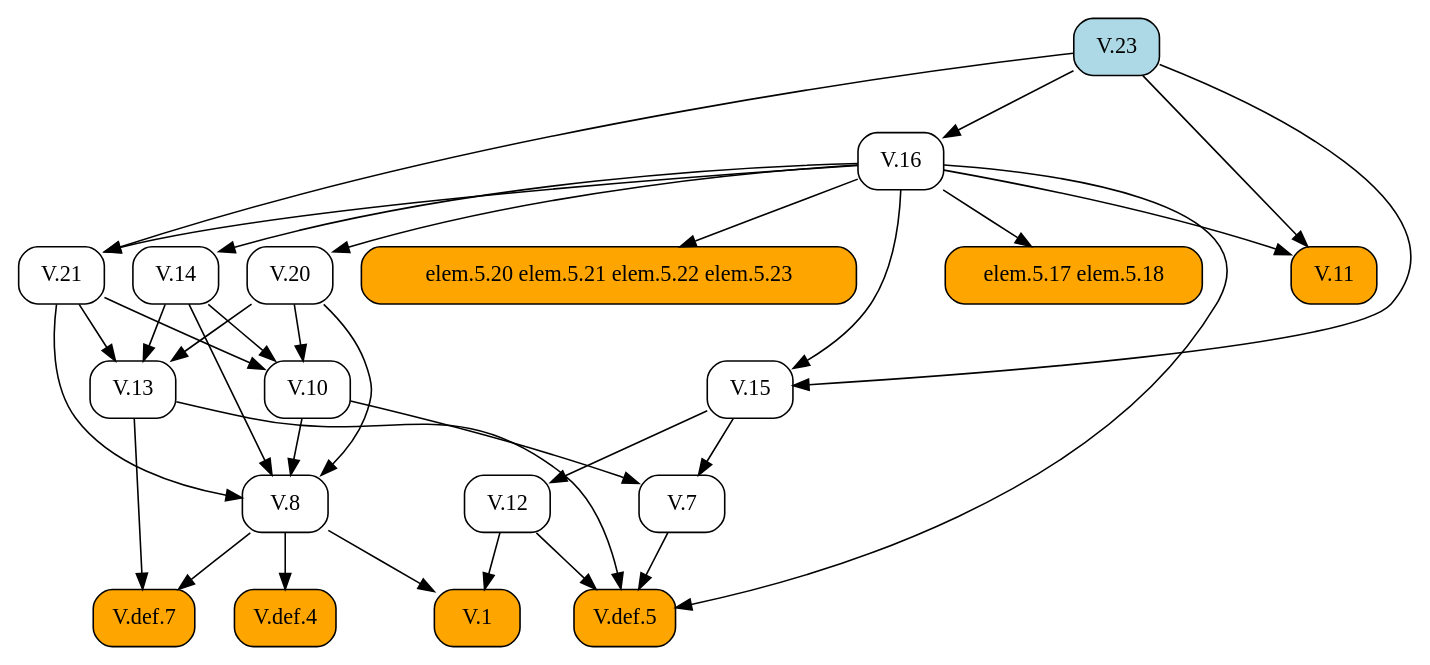
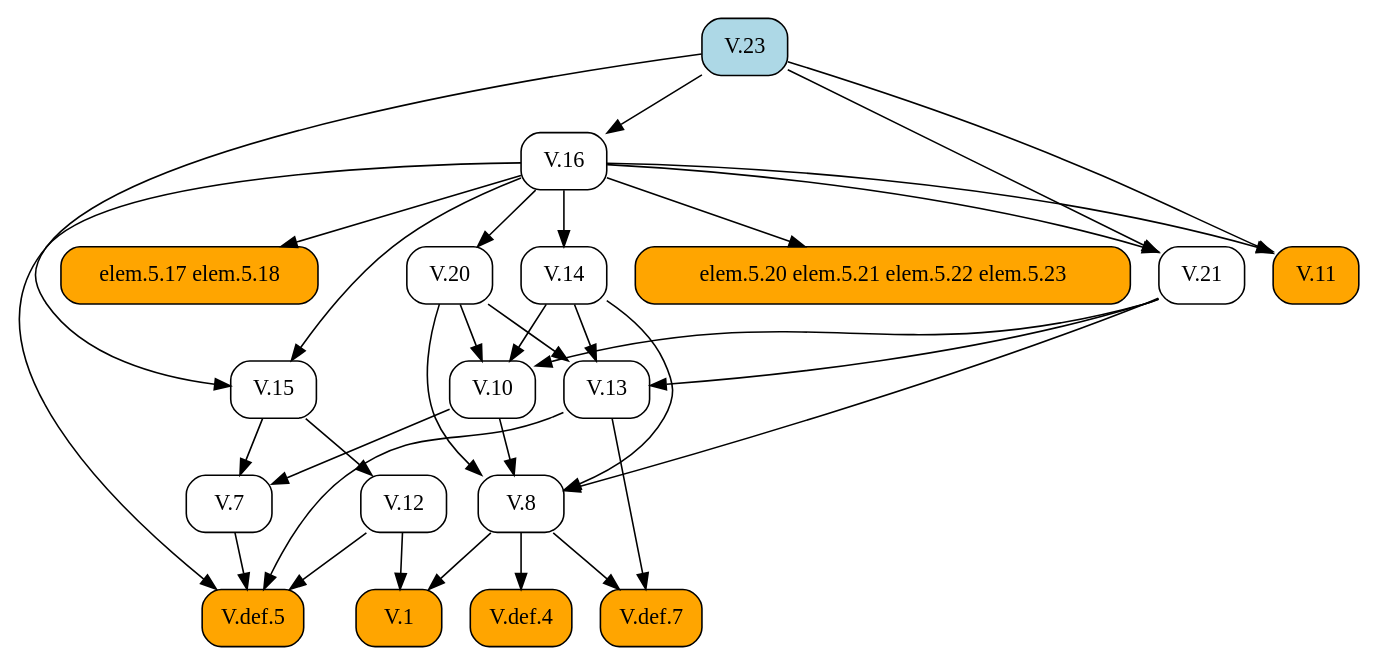
The diagram in docsrc/heath/V/23/index.rst (geometor/elements), drawn with Graphviz before and after one commit. The commit also changed other lines of this file and 1029 other files, not shown here.

```diff
--- a/docsrc/heath/V/23/index.rst
+++ b/docsrc/heath/V/23/index.rst
@@ -111,57 +111,57 @@
 .. graphviz::
 
    digraph {
      rankdir="TB";
      node [shape=box, style=rounded];
+     "V.8" [URL="/heath/V/8/", target="_top"];
+     "V.23" [style="rounded,filled", fillcolor=lightblue, URL="/heath/V/23/", target="_top"];
+     "V.14" [URL="/heath/V/14/", target="_top"];
+     "V.def.5" [style="rounded,filled", fillcolor=orange, URL="/heath/V/def.5/", target="_top"];
+     "V.12" [URL="/heath/V/12/", target="_top"];
+     "V.10" [URL="/heath/V/10/", target="_top"];
      "V.1" [style="rounded,filled", fillcolor=orange, URL="/heath/V/1/", target="_top"];
-     "V.10" [URL="/heath/V/10/", target="_top"];
+     "V.20" [URL="/heath/V/20/", target="_top"];
+     "V.13" [URL="/heath/V/13/", target="_top"];
+     "V.11" [style="rounded,filled", fillcolor=orange, URL="/heath/V/11/", target="_top"];
+     "elem.5.20 elem.5.21 elem.5.22 elem.5.23" [style="rounded,filled", fillcolor=orange];
+     "elem.5.17 elem.5.18" [style="rounded,filled", fillcolor=orange];
+     "V.15" [URL="/heath/V/15/", target="_top"];
+     "V.7" [URL="/heath/V/7/", target="_top"];
+     "V.def.4" [style="rounded,filled", fillcolor=orange, URL="/heath/V/def.4/", target="_top"];
      "V.16" [URL="/heath/V/16/", target="_top"];
-     "V.15" [URL="/heath/V/15/", target="_top"];
-     "V.20" [URL="/heath/V/20/", target="_top"];
-     "V.def.4" [style="rounded,filled", fillcolor=orange, URL="/heath/V/def.4/", target="_top"];
+     "V.def.7" [style="rounded,filled", fillcolor=orange, URL="/heath/V/def.7/", target="_top"];
      "V.21" [URL="/heath/V/21/", target="_top"];
-     "V.11" [style="rounded,filled", fillcolor=orange, URL="/heath/V/11/", target="_top"];
-     "V.8" [URL="/heath/V/8/", target="_top"];
-     "V.7" [URL="/heath/V/7/", target="_top"];
-     "V.23" [style="rounded,filled", fillcolor=lightblue, URL="/heath/V/23/", target="_top"];
-     "V.13" [URL="/heath/V/13/", target="_top"];
-     "elem.5.17 elem.5.18" [style="rounded,filled", fillcolor=orange];
-     "V.12" [URL="/heath/V/12/", target="_top"];
-     "V.def.7" [style="rounded,filled", fillcolor=orange, URL="/heath/V/def.7/", target="_top"];
-     "elem.5.20 elem.5.21 elem.5.22 elem.5.23" [style="rounded,filled", fillcolor=orange];
-     "V.def.5" [style="rounded,filled", fillcolor=orange, URL="/heath/V/def.5/", target="_top"];
-     "V.14" [URL="/heath/V/14/", target="_top"];
-     "V.8" -> "V.1";
-     "V.12" -> "V.1";
-     "V.14" -> "V.10";
-     "V.20" -> "V.10";
-     "V.21" -> "V.10";
-     "V.23" -> "V.16";
-     "V.16" -> "V.15";
-     "V.23" -> "V.15";
-     "V.16" -> "V.20";
-     "V.8" -> "V.def.4";
-     "V.16" -> "V.21";
-     "V.23" -> "V.21";
-     "V.16" -> "V.11";
-     "V.23" -> "V.11";
      "V.10" -> "V.8";
      "V.14" -> "V.8";
      "V.20" -> "V.8";
      "V.21" -> "V.8";
-     "V.10" -> "V.7";
-     "V.15" -> "V.7";
-     "V.14" -> "V.13";
-     "V.20" -> "V.13";
-     "V.21" -> "V.13";
-     "V.16" -> "elem.5.17 elem.5.18";
-     "V.15" -> "V.12";
-     "V.8" -> "V.def.7";
-     "V.13" -> "V.def.7";
-     "V.16" -> "elem.5.20 elem.5.21 elem.5.22 elem.5.23";
+     "V.16" -> "V.14";
      "V.7" -> "V.def.5";
      "V.12" -> "V.def.5";
      "V.13" -> "V.def.5";
      "V.16" -> "V.def.5";
-     "V.16" -> "V.14";
+     "V.15" -> "V.12";
+     "V.14" -> "V.10";
+     "V.20" -> "V.10";
+     "V.21" -> "V.10";
+     "V.8" -> "V.1";
+     "V.12" -> "V.1";
+     "V.16" -> "V.20";
+     "V.14" -> "V.13";
+     "V.20" -> "V.13";
+     "V.21" -> "V.13";
+     "V.16" -> "V.11";
+     "V.23" -> "V.11";
+     "V.16" -> "elem.5.20 elem.5.21 elem.5.22 elem.5.23";
+     "V.16" -> "elem.5.17 elem.5.18";
+     "V.16" -> "V.15";
+     "V.23" -> "V.15";
+     "V.10" -> "V.7";
+     "V.15" -> "V.7";
+     "V.8" -> "V.def.4";
+     "V.23" -> "V.16";
+     "V.8" -> "V.def.7";
+     "V.13" -> "V.def.7";
+     "V.16" -> "V.21";
+     "V.23" -> "V.21";
    }
```
